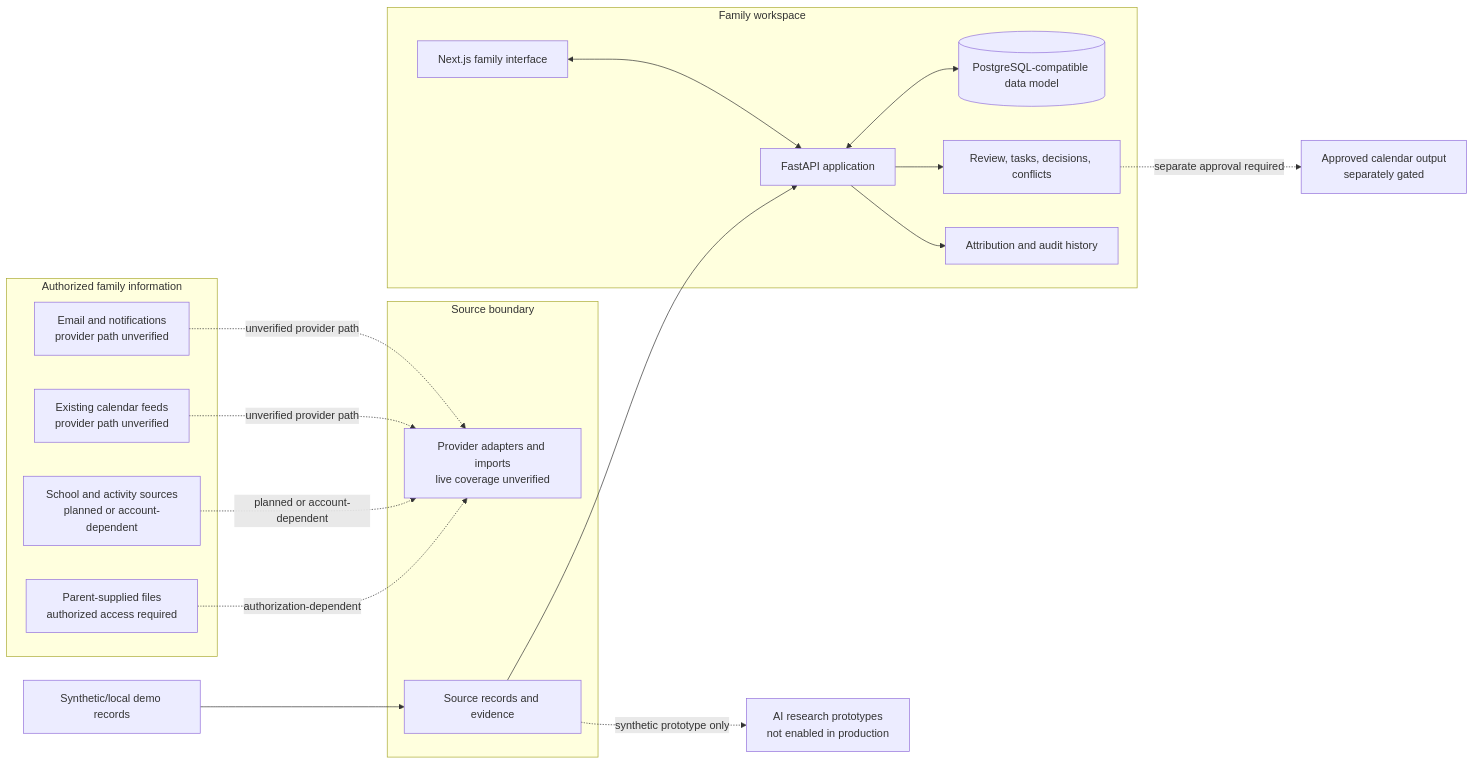
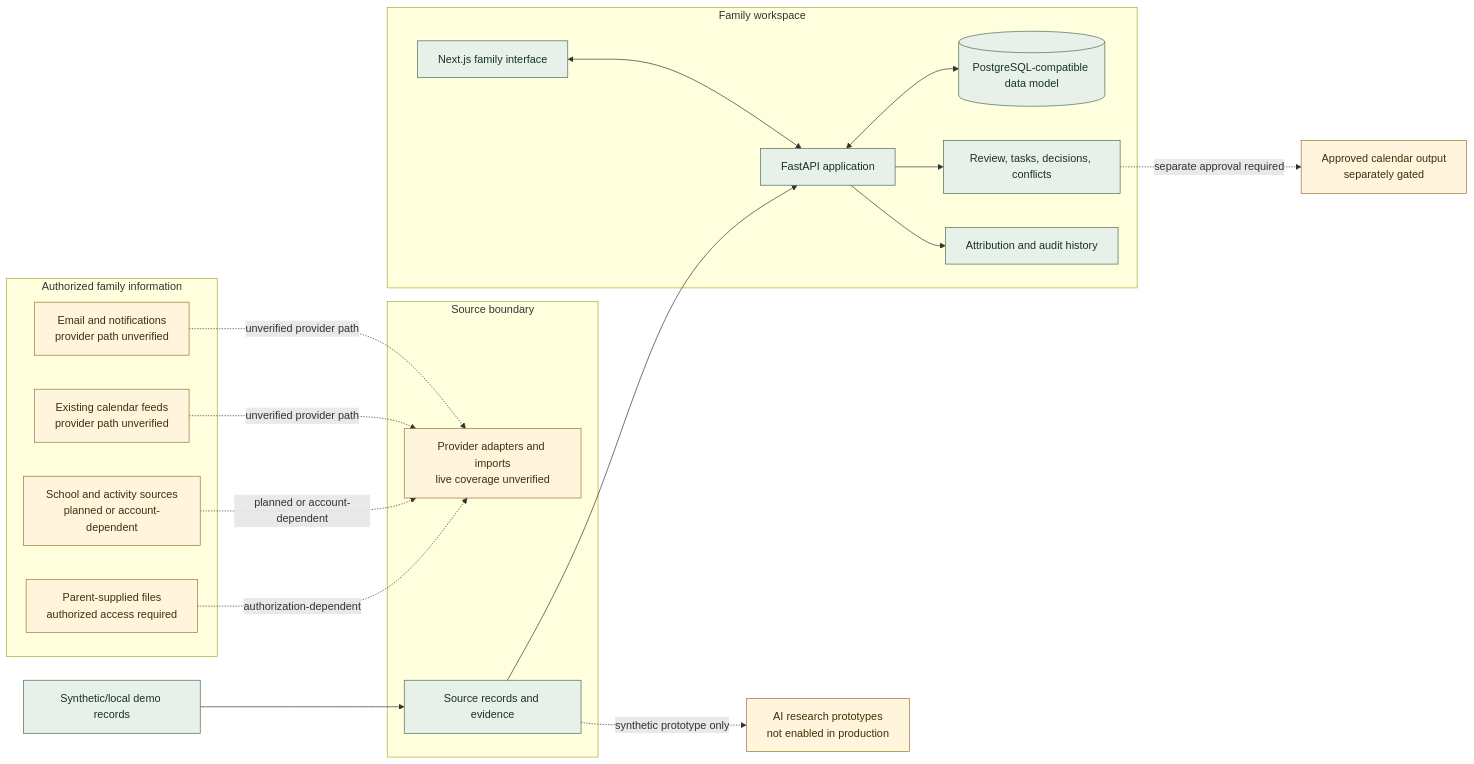
The diagram in architecture.mmd (n1416y/dacodac-showcase), drawn with Mermaid before and after one commit.

Commit message:
Keep standalone diagram styling in sync

```diff
--- a/architecture.mmd
+++ b/architecture.mmd
@@ -1,37 +1,42 @@
 flowchart LR
   subgraph Inputs[Authorized family information]
     Mail[Email and notifications<br/>provider path unverified]
     Calendar[Existing calendar feeds<br/>provider path unverified]
     School[School and activity sources<br/>planned or account-dependent]
     Import[Parent-supplied files<br/>authorized access required]
   end
 
   subgraph Intake[Source boundary]
     Adapters[Provider adapters and imports<br/>live coverage unverified]
     Evidence[Source records and evidence]
   end
 
   subgraph Core[Family workspace]
     Web[Next.js family interface]
     API[FastAPI application]
     Store[(PostgreSQL-compatible data model)]
     Review[Review, tasks, decisions, conflicts]
     Audit[Attribution and audit history]
   end
 
   Demo[Synthetic/local demo records]
   AI[AI research prototypes\nnot enabled in production]
   Writer[Approved calendar output\nseparately gated]
 
   Mail -. unverified provider path .-> Adapters
   Calendar -. unverified provider path .-> Adapters
   School -. planned or account-dependent .-> Adapters
   Import -. authorization-dependent .-> Adapters
   Demo --> Evidence
   Evidence --> API
   Web <--> API
   API <--> Store
   API --> Review
   API --> Audit
   Evidence -. synthetic prototype only .-> AI
   Review -. separate approval required .-> Writer
+
+  classDef current fill:#e8f1e9,stroke:#496b56,color:#173222;
+  classDef gated fill:#fff4dc,stroke:#9c7430,color:#422f0a;
+  class Web,API,Store,Review,Audit,Evidence,Demo current;
+  class AI,Writer,School,Mail,Calendar,Import,Adapters gated;
```
